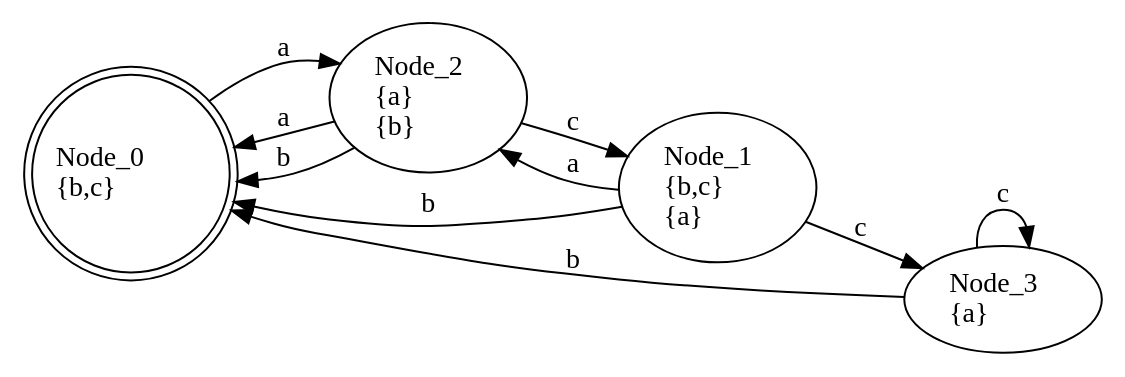
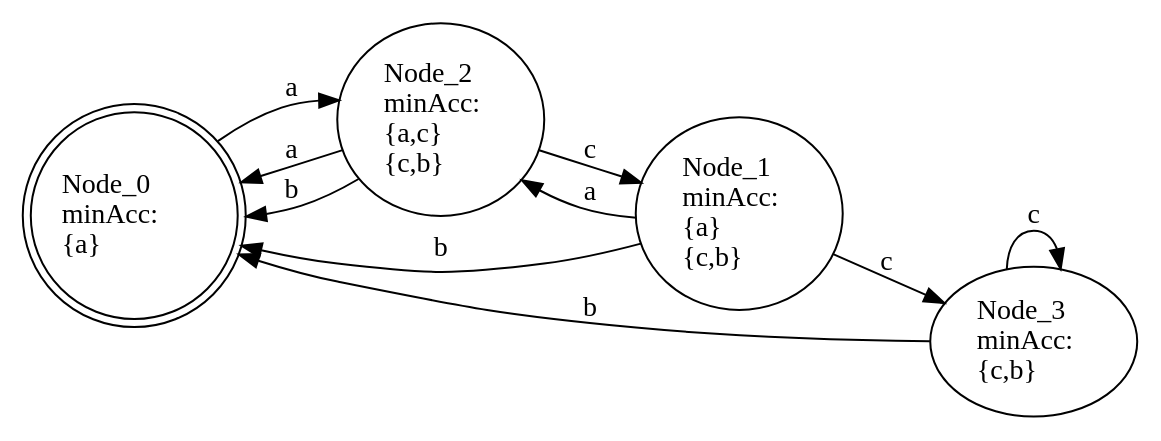
The diagram in paper/q0.dot (peleska/2018-csp-testing-conference), drawn with Graphviz before and after one commit. The commit also changed 5 other files, not shown here.

```diff
--- a/paper/q0.dot
+++ b/paper/q0.dot
@@ -1,19 +1,18 @@
-digraph {
+digraph g {
 
 rankdir="LR"
-
-Node_0[shape=doublecircle,label="Node_0\l{b,c}\l"];
+Node_0[shape=doublecircle,label="Node_0\lminAcc:\l{a}\l"];
 Node_0 -> Node_2[label="a"];
-Node_2[label="Node_2\l{a}\l{b}\l"];
+Node_2[label="Node_2\lminAcc:\l{a,c}\l{c,b}\l"];
 Node_2 -> Node_0[label="a"];
 Node_2 -> Node_1[label="c"];
 Node_2 -> Node_0[label="b"];
-Node_1[label="Node_1\l{b,c}\l{a}\l"];
+Node_1[label="Node_1\lminAcc:\l{a}\l{c,b}\l"];
 Node_1 -> Node_2[label="a"];
 Node_1 -> Node_3[label="c"];
 Node_1 -> Node_0[label="b"];
-Node_3[label="Node_3\l{a}\l"];
+Node_3[label="Node_3\lminAcc:\l{c,b}\l"];
 Node_3 -> Node_3[label="c"];
 Node_3 -> Node_0[label="b"];
 
 }
```
